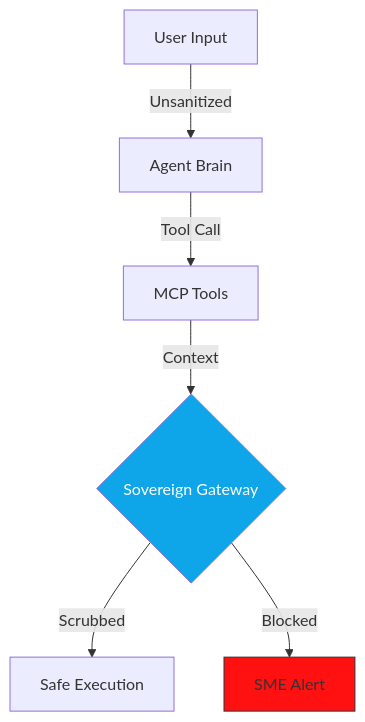
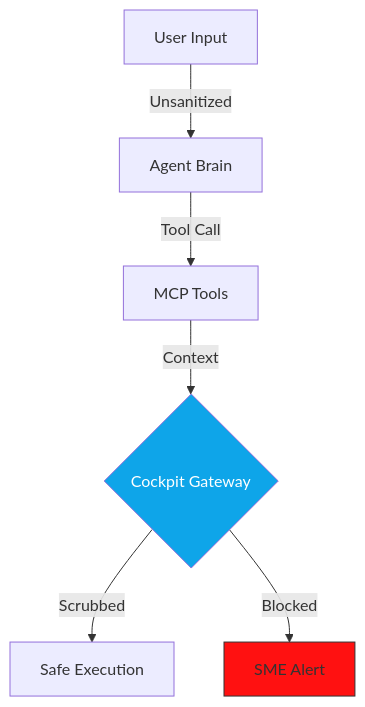
Before and after one commit to enriquekalven/agent-cockpit: the diagram in public/TECHNICAL_REDTEAM_GUIDE.md, drawn with Mermaid. The commit also changed other lines of this file and 181 other files, not shown here.

````diff
--- a/public/TECHNICAL_REDTEAM_GUIDE.md
+++ b/public/TECHNICAL_REDTEAM_GUIDE.md
@@ -46,10 +46,10 @@
 ```mermaid
 graph TD
     User[User Input] -->|Unsanitized| Brain[Agent Brain]
     Brain -->|Tool Call| Tools[MCP Tools]
-    Tools -->|Context| Gate{Sovereign Gateway}
+    Tools -->|Context| Gate{Cockpit Gateway}
     Gate -->|Scrubbed| Exec[Safe Execution]
     Gate -->|Blocked| Alert[SME Alert]
     style Gate fill:#0ea5e9,color:#fff
     style Alert fill:#f11,stroke:#333
 ```
````
